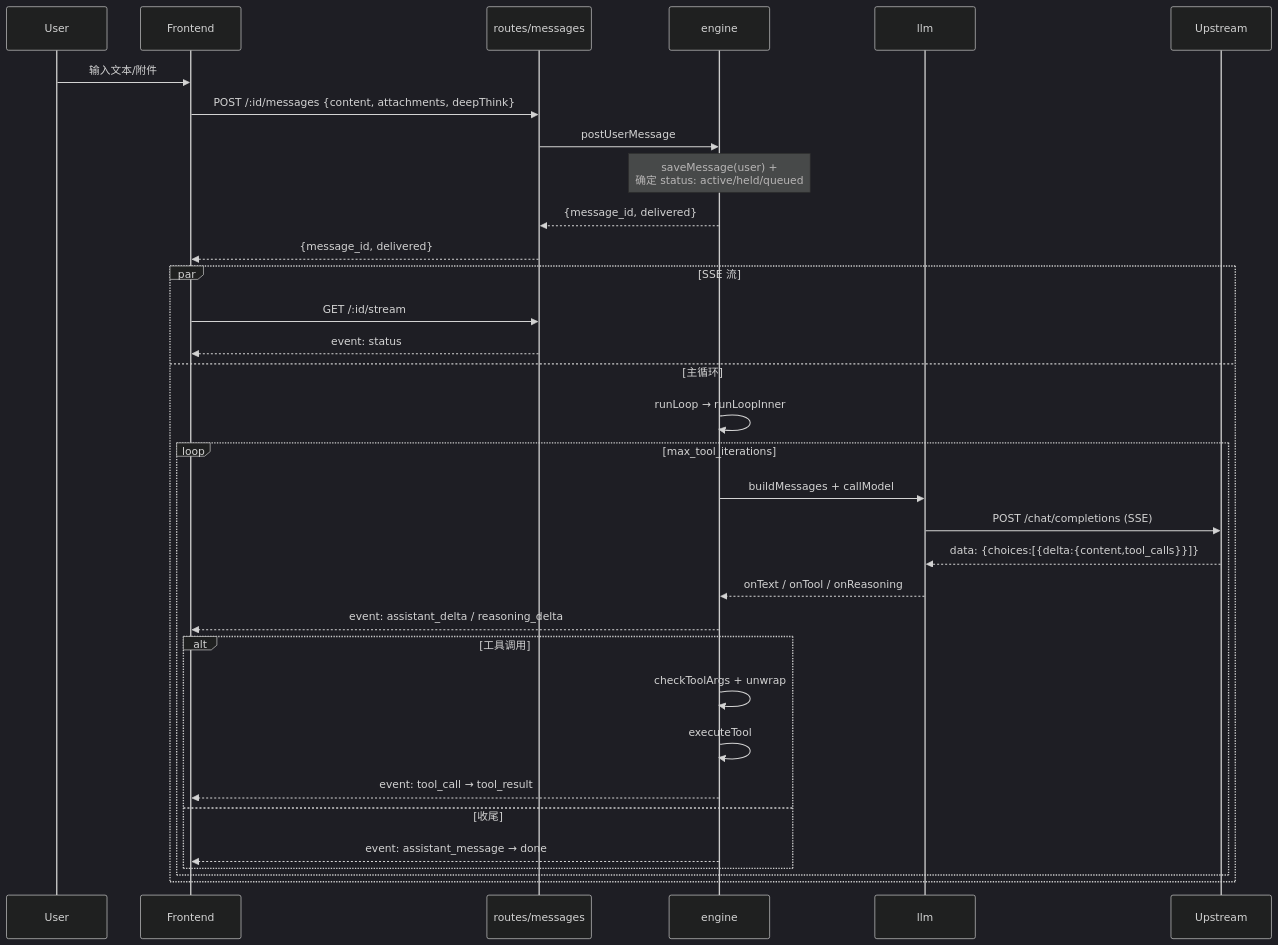
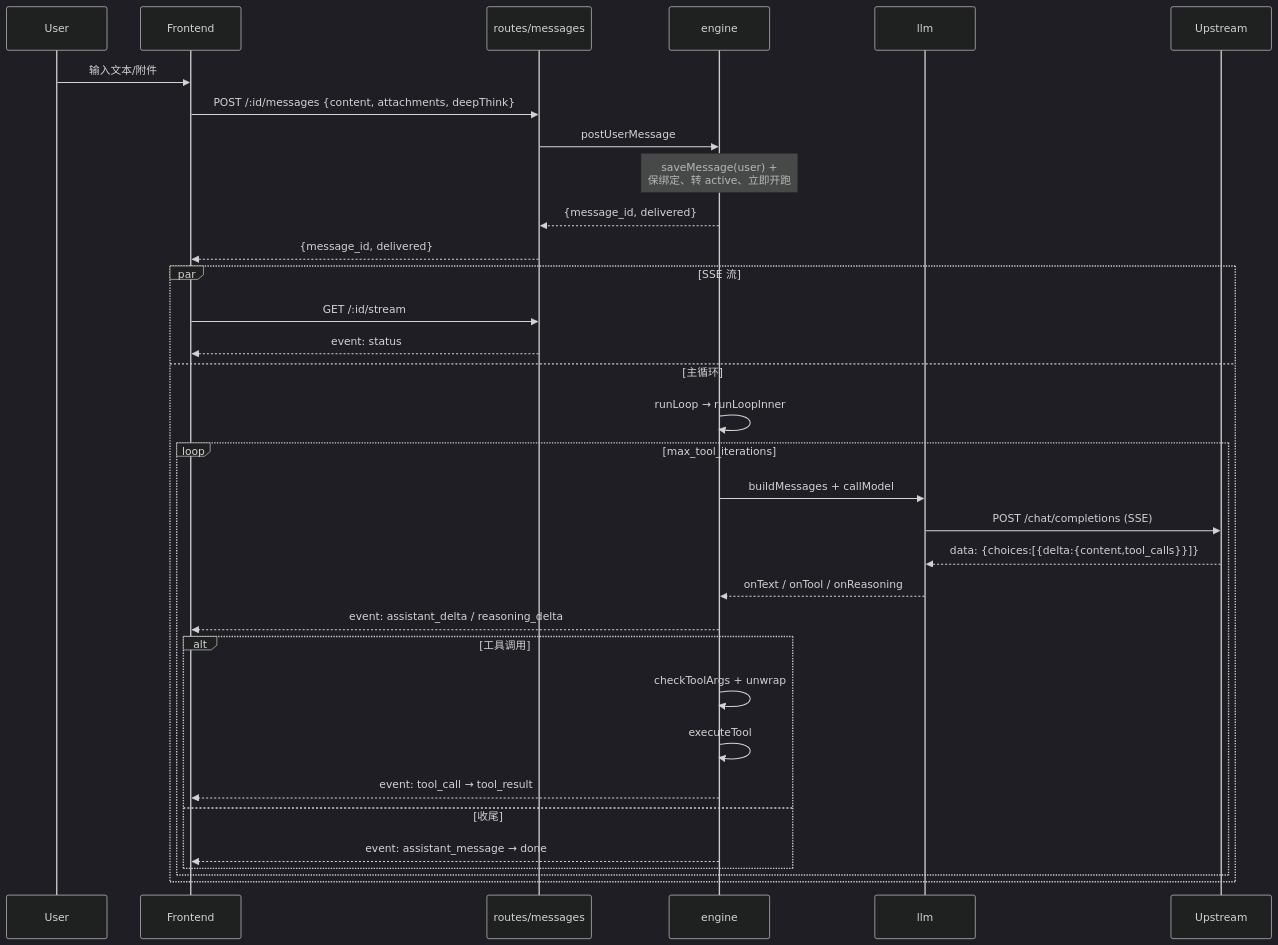
Before and after one commit to kicer/agent: the fourth of 6 diagrams in docs/ARCHITECTURE.md, drawn with Mermaid (dark theme). The commit also changed other lines of this file and 12 other files, not shown here.

````diff
--- a/docs/ARCHITECTURE.md
+++ b/docs/ARCHITECTURE.md
@@ -520,36 +525,36 @@
 ```mermaid
 sequenceDiagram
     participant U as User
     participant F as Frontend
     participant R as routes/messages
     participant E as engine
     participant L as llm
     participant M as Upstream
 
     U->>F: 输入文本/附件
     F->>R: POST /:id/messages {content, attachments, deepThink}
     R->>E: postUserMessage
-    Note over E: saveMessage(user) +<br/>确定 status: active/held/queued
+    Note over E: saveMessage(user) +<br/>保绑定、转 active、立即开跑
     E-->>R: {message_id, delivered}
     R-->>F: {message_id, delivered}
     par SSE 流
         F->>R: GET /:id/stream
         R-->>F: event: status
     and 主循环
         E->>E: runLoop → runLoopInner
         loop max_tool_iterations
             E->>L: buildMessages + callModel
             L->>M: POST /chat/completions (SSE)
             M-->>L: data: {choices:[{delta:{content,tool_calls}}]}
             L-->>E: onText / onTool / onReasoning
             E-->>F: event: assistant_delta / reasoning_delta
             alt 工具调用
                 E->>E: checkToolArgs + unwrap
                 E->>E: executeTool
                 E-->>F: event: tool_call → tool_result
             else 收尾
                 E-->>F: event: assistant_message → done
             end
         end
     end
 ```
````
